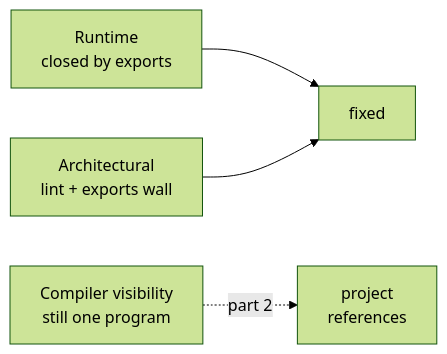
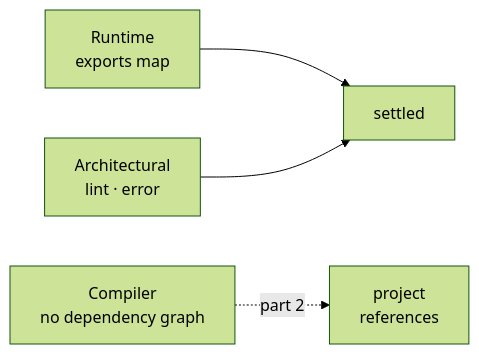
Before and after one commit to fmmenchi/dev-blog: the third of 3 diagrams in apps/blog/content/drafts/can-i-import-this.mdx, drawn with Mermaid (forest theme). The commit also changed other lines of this file and 10 other files, not shown here.

````diff
--- a/apps/blog/content/drafts/can-i-import-this.mdx
+++ b/apps/blog/content/drafts/can-i-import-this.mdx
@@ -149,7 +180,7 @@
 ```mermaid
 flowchart LR
-  Runtime["Runtime<br/>closed by exports"] --> Done["fixed"]
-  Arch["Architectural<br/>lint + exports wall"] --> Done
-  Compiler["Compiler visibility<br/>still one program"] -.->|part 2| Refs["project<br/>references"]
-  Compiler:::accent
+  accDescr: The runtime boundary and the architectural boundary are settled by the exports map and the lint rule. The compiler still has no dependency graph, which is what project references add in part 2.
+  Runtime["Runtime<br/>exports map"] --> Done["settled"]
+  Arch["Architectural<br/>lint · error"] --> Done
+  Compiler["Compiler<br/>no dependency graph"] -.->|part 2| Refs["project<br/>references"]:::accent
 ```
````
